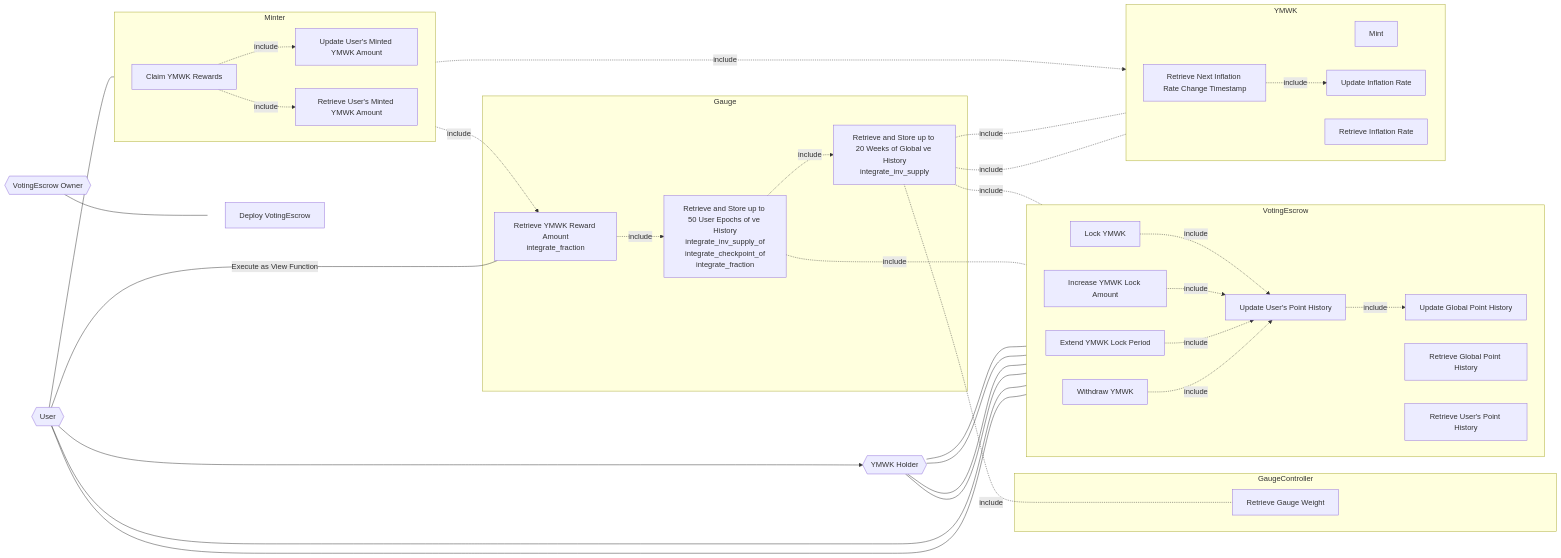
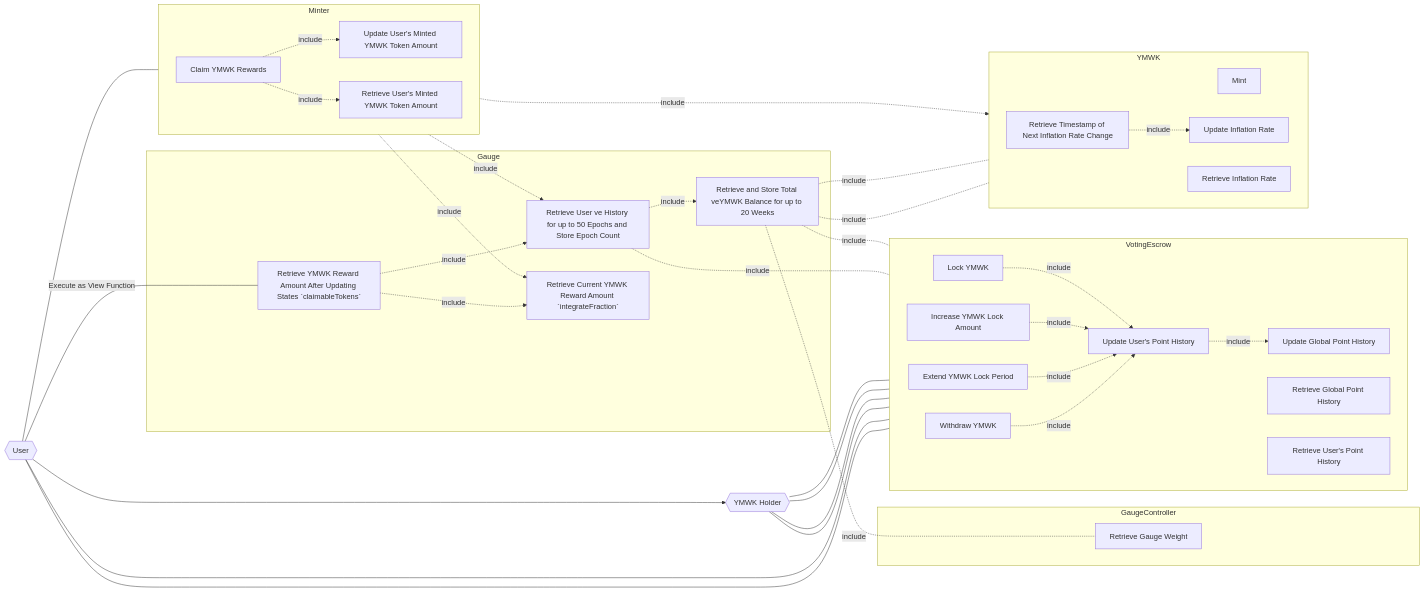
Before and after one commit to DeFiGeek-Community/yamawake: the diagram in doc/en/VotingEscrow/usecase.md, drawn with Mermaid. The commit also changed other lines of this file and 1 other file, not shown here.

Commit message:
update use case diagram for VotingEscrow

````diff
--- a/doc/en/VotingEscrow/usecase.md
+++ b/doc/en/VotingEscrow/usecase.md
@@ -46,7 +43,6 @@
 ```mermaid
 graph LR
     classDef transparent fill:none,stroke:none;
-    owner{{"VotingEscrow Owner"}}
     holder{{"YMWK Holder"}}
     user{{"User"}}
 
@@ -56,23 +52,21 @@
     withdraw["Withdraw YMWK"]
     uck["Update User's Point History"]
     ck["Update Global Point History"]
-    integral["Retrieve and Store up to 20 Weeks of Global ve History\nintegrate_inv_supply"]
-    integral_of["Retrieve and Store up to 50 User Epochs of ve History\nintegrate_inv_supply_of\nintegrate_checkpoint_of\nintegrate_fraction"]
+    integral["Retrieve and Store Total veYMWK Balance for up to 20 Weeks"]
+    integral_of["Retrieve User ve History for up to 50 Epochs and Store Epoch Count"]
     ve_total_supply["Retrieve Global Point History"]
     ve_user_balance["Retrieve User's Point History"]
 
     mint["Mint"]
     rate["Retrieve Inflation Rate"]
-    future_epoch_time_write["Retrieve Next Inflation Rate Change Timestamp"]
+    future_epoch_time_write["Retrieve Timestamp of Next Inflation Rate Change"]
     update_rate["Update Inflation Rate"]
-    update_minted["Update User's Minted YMWK Amount"]
-    minted["Retrieve User's Minted YMWK Amount"]
+    update_minted["Update User's Minted YMWK Token Amount"]
+    minted["Retrieve User's Minted YMWK Token Amount"]
     claim_ymwk["Claim YMWK Rewards"]
 
-    deploy["Deploy VotingEscrow"]
-
-
-    claimable_tokens["Retrieve YMWK Reward Amount\nintegrate_fraction"]
+    integrate_fraction["Retrieve Current YMWK Reward Amount `integrateFraction`"]
+    claimable_tokens["Retrieve YMWK Reward Amount After Updating States `claimableTokens`"]
 
     gauge_relative_weight["Retrieve Gauge Weight"]
 
@@ -89,13 +83,15 @@
     holder --- withdraw
 
     integral_of -.->|include| integral
+    claimable_tokens -.->|include| integrate_fraction
     claimable_tokens -.->|include| integral_of
 
     user ---> holder
     user --- claim_ymwk
     user ---|Execute as View Function| claimable_tokens
 
-    claim_ymwk -.->|include| claimable_tokens
+    claim_ymwk -.->|include| integrate_fraction
+    claim_ymwk -.->|include| integral_of
     claim_ymwk -.->|include| mint
     claim_ymwk -.->|include| minted
     claim_ymwk -.->|include| update_minted
@@ -110,17 +106,8 @@
     integral -.-|include| gauge_relative_weight
 
 
-
-    owner --- deploy
-
-    subgraph Admin[ ]
-      direction LR
-      deploy
-    end
-
-    class Admin transparent
-
     subgraph Gauge
+      integrate_fraction
       claimable_tokens
       integral_of
       integral
````
